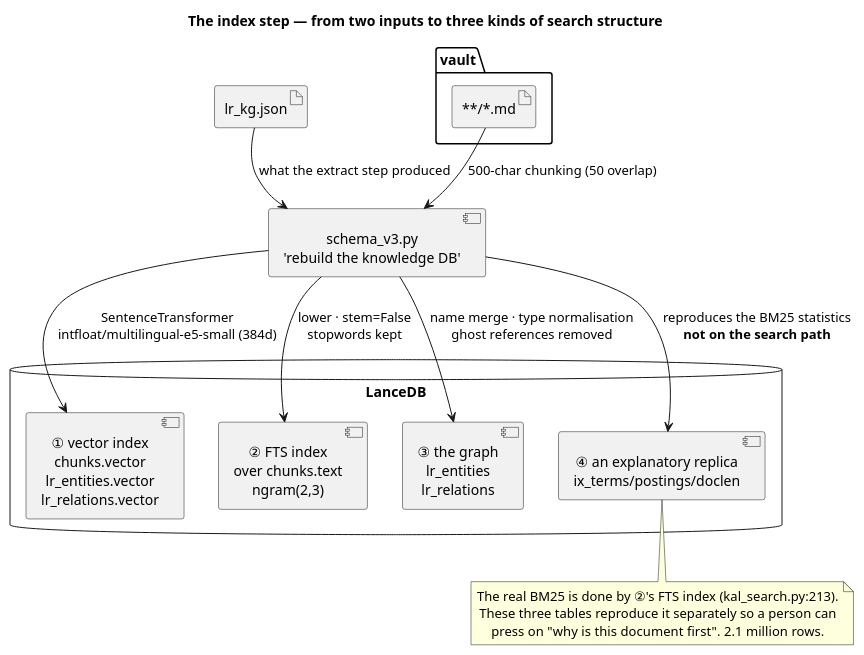
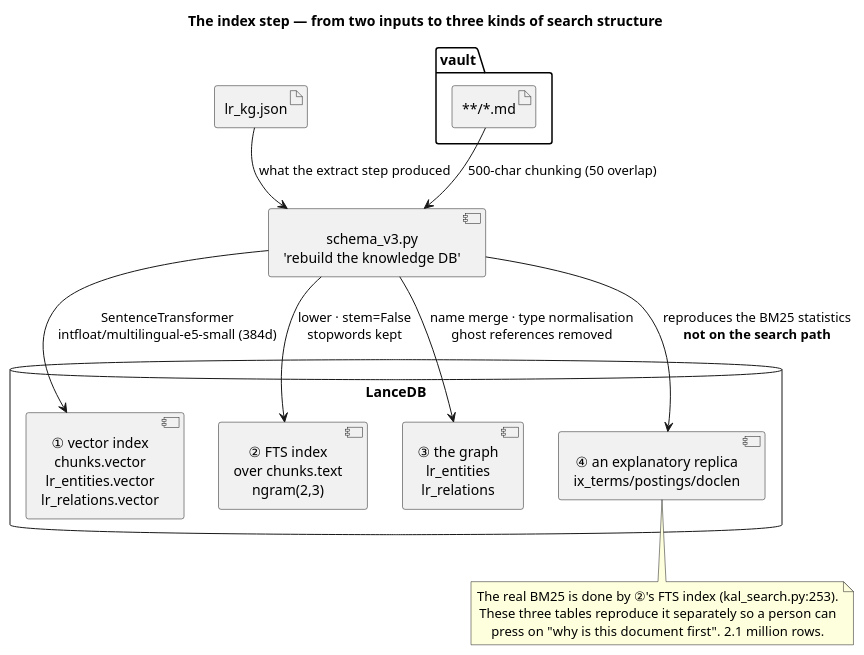
Before and after one commit to HwangTaehyun/kallimachos: the first of 2 diagrams in docs/ERD.md, drawn with PlantUML. The commit also changed 11 other files, not shown here.

````diff
--- a/docs/ERD.md
+++ b/docs/ERD.md
@@ -13,36 +13,36 @@
 ```plantuml
 @startuml
 title The index step — from two inputs to three kinds of search structure
 
 skinparam shadowing false
 skinparam defaultTextAlignment center
 
 folder "vault" as vault {
   artifact "**/*.md" as md
 }
 artifact "lr_kg.json" as kgjson
 
 component "schema_v3.py\n'rebuild the knowledge DB'" as build
 
 database "LanceDB" as lance {
   component "① vector index\nchunks.vector\nlr_entities.vector\nlr_relations.vector" as vec
   component "② FTS index\nover chunks.text\nngram(2,3)" as fts
   component "③ the graph\nlr_entities\nlr_relations" as graph
   component "④ an explanatory replica\nix_terms/postings/doclen" as ix
 }
 
 md      --> build : 500-char chunking (50 overlap)
 kgjson  --> build : what the extract step produced
 
 build --> vec   : SentenceTransformer\nintfloat/multilingual-e5-small (384d)
 build --> fts   : lower · stem=False\nstopwords kept
 build --> graph : name merge · type normalisation\nghost references removed
 build --> ix    : reproduces the BM25 statistics\n**not on the search path**
 
 note bottom of ix
-  The real BM25 is done by ②'s FTS index (kal_search.py:213).
+  The real BM25 is done by ②'s FTS index (kal_search.py:253).
   These three tables reproduce it separately so a person can
   press on "why is this document first".  2.1 million rows.
 end note
 @enduml
 ```
````
